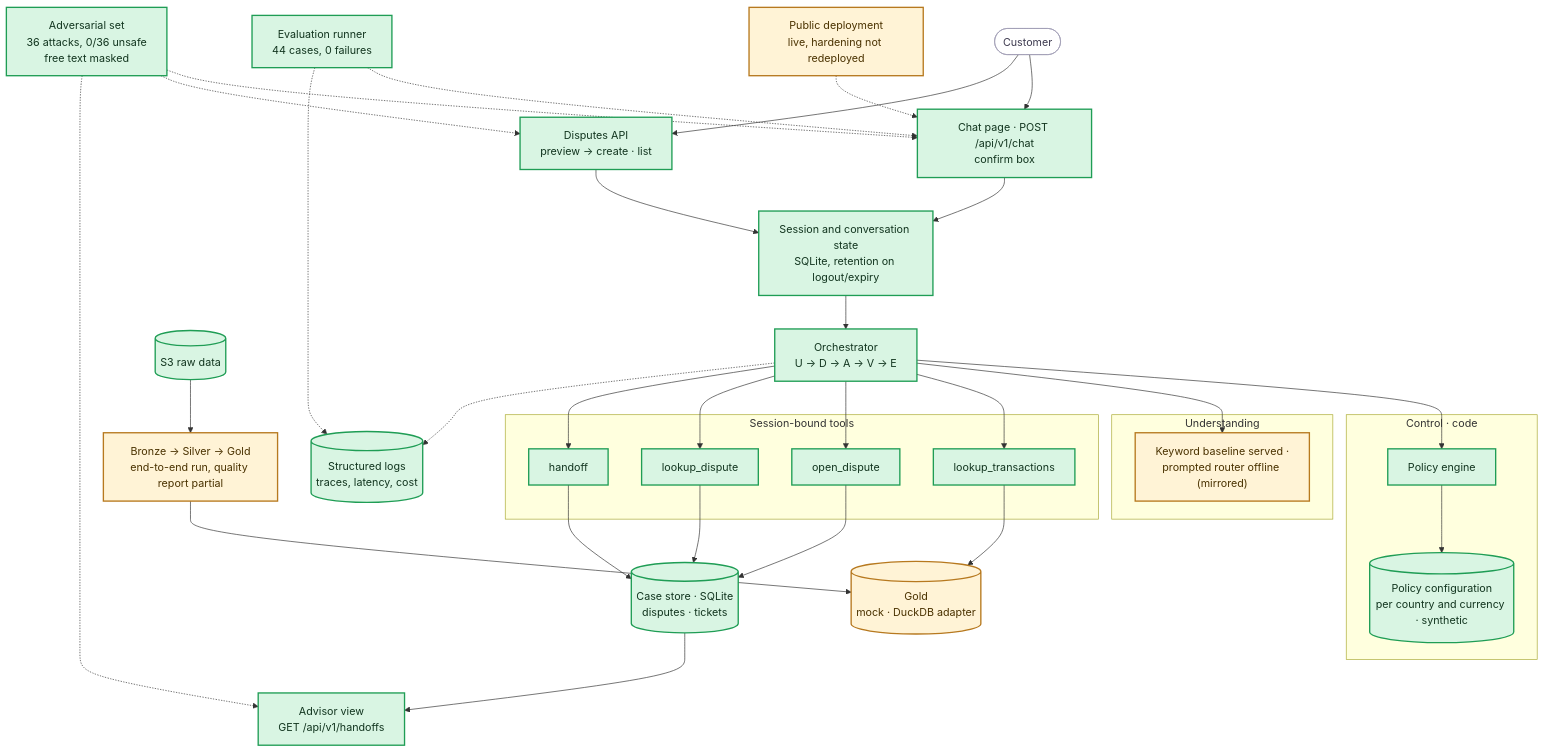
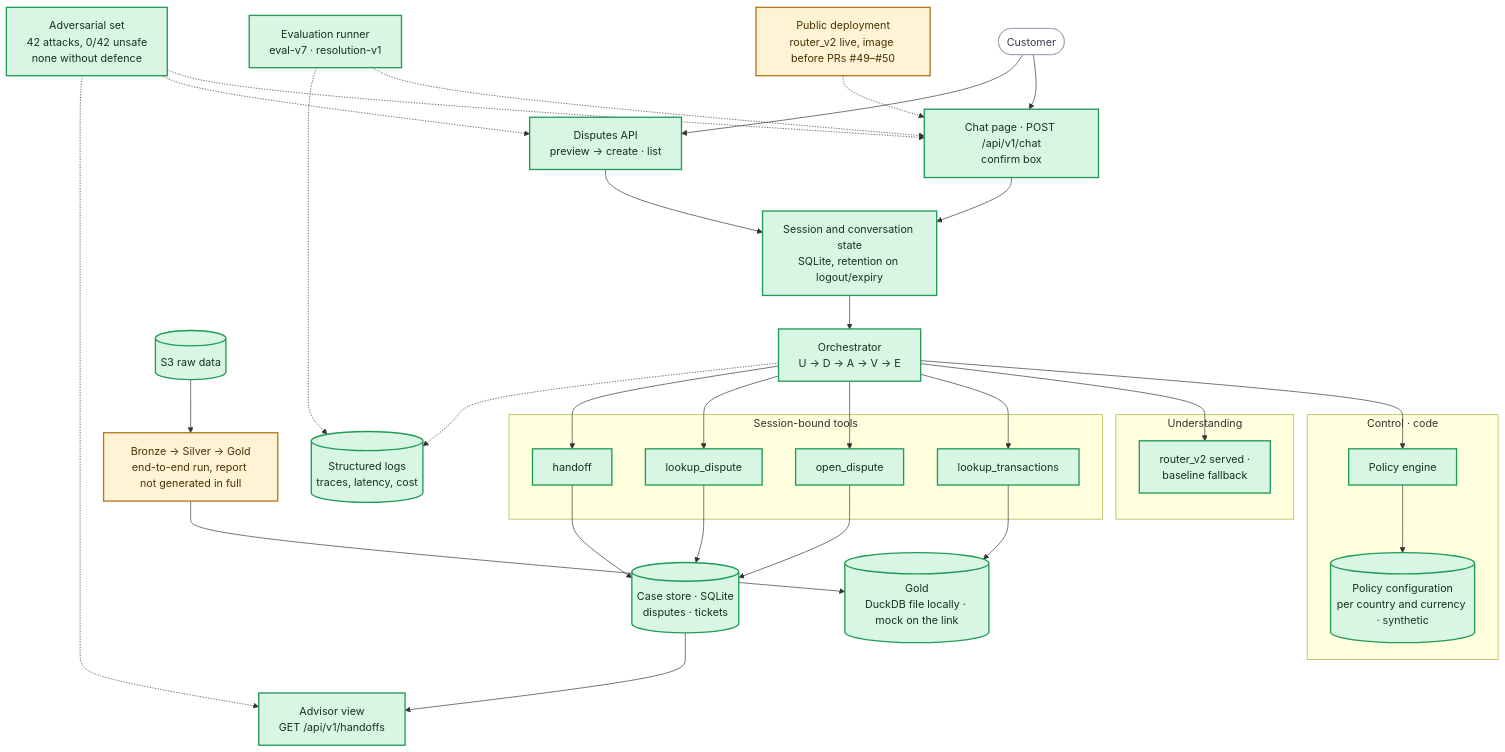
One commit to rdorta27/factored-hackathon-2026-sentinel-engine changed the diagram in team/component-status.md. Above: the diagram before and after it, drawn with Mermaid. The commit also changed other lines of this file and 27 other files, not shown here.

````diff
--- a/team/component-status.md
+++ b/team/component-status.md
@@ -7,50 +7,50 @@
 ```mermaid
 flowchart TB
     client(["Customer"]) --> chat["Chat page · POST /api/v1/chat<br/>confirm box"]
     client --> dapi["Disputes API<br/>preview → create · list"]
     chat --> session["Session and conversation state<br/>SQLite, retention on logout/expiry"]
     dapi --> session
     session --> orch["Orchestrator<br/>U → D → A → V → E"]
 
     subgraph control["Control · code"]
         policy["Policy engine"]
         config[("Policy configuration<br/>per country and currency · synthetic")]
         policy --> config
     end
     subgraph toolset["Session-bound tools"]
         lookup["lookup_transactions"]
         open["open_dispute"]
         verify["lookup_dispute"]
         handoff["handoff"]
     end
     subgraph brain["Understanding"]
-        learned["Keyword baseline served ·<br/>prompted router offline (mirrored)"]
+        learned["router_v2 served ·<br/>baseline fallback"]
     end
 
     orch --> policy
     orch --> learned
     orch --> lookup & open & verify & handoff
-    lookup --> gold[("Gold<br/>mock · DuckDB adapter")]
+    lookup --> gold[("Gold<br/>DuckDB file locally · mock on the link")]
     open --> cases[("Case store · SQLite<br/>disputes · tickets")]
     verify --> cases
     handoff --> cases
     cases --> aview["Advisor view<br/>GET /api/v1/handoffs"]
     orch -.-> logs[("Structured logs<br/>traces, latency, cost")]
-    evalr["Evaluation runner<br/>44 cases, 0 failures"] -.-> chat
+    evalr["Evaluation runner<br/>eval-v7 · resolution-v1"] -.-> chat
     evalr -.-> logs
-    tests["Adversarial set<br/>36 attacks, 0/36 unsafe<br/>free text masked"] -.-> chat
+    tests["Adversarial set<br/>42 attacks, 0/42 unsafe<br/>none without defence"] -.-> chat
     tests -.-> dapi
     tests -.-> aview
-    s3[("S3 raw data")] --> pipeline["Bronze → Silver → Gold<br/>end-to-end run, quality report partial"]
+    s3[("S3 raw data")] --> pipeline["Bronze → Silver → Gold<br/>end-to-end run, report not generated in full"]
     pipeline --> gold
-    deploy["Public deployment<br/>live, hardening not redeployed"] -.-> chat
+    deploy["Public deployment<br/>router_v2 live, image before PRs #49–#50"] -.-> chat
 
     classDef done fill:#d9f5e3,stroke:#1f9d55,stroke-width:2px,color:#12351f
     classDef partial fill:#fff3d6,stroke:#b7791f,stroke-width:2px,color:#4a3200
     classDef missing fill:#ffe3e3,stroke:#d33f3f,stroke-width:2px,color:#4a1111
     classDef ext fill:#ffffff,stroke:#a09cb5,stroke-width:1px,color:#3d3a4f
-    class chat,dapi,session,orch,policy,config,lookup,open,verify,handoff,cases,aview,logs,evalr,tests done
-    class learned,gold,pipeline,deploy partial
+    class chat,dapi,session,orch,policy,config,lookup,open,verify,handoff,cases,aview,logs,evalr,tests,learned,gold done
+    class pipeline,deploy partial
     class s3 done
     class client ext
 ```
````
